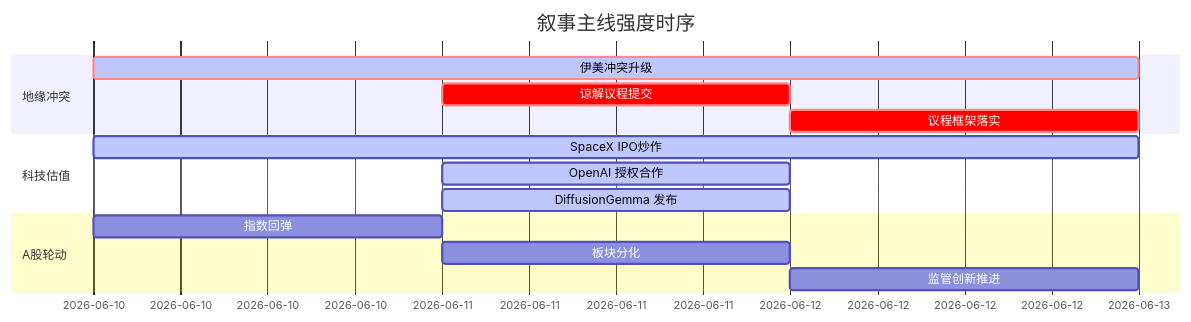
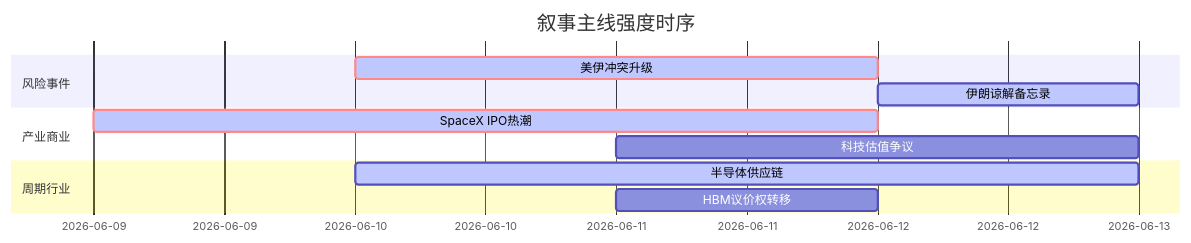
Before and after one commit to uu5zn/uu5zn.github.io: the diagram in 5day_report.md, drawn with Mermaid. The commit also changed other lines of this file and 2 other files, not shown here.

````diff
--- a/5day_report.md
+++ b/5day_report.md
@@ -59,19 +57,16 @@
 ```mermaid
 gantt
     title 叙事主线强度时序
     dateFormat  YYYY-MM-DD
-    section 地缘冲突
-    伊美冲突升级   :crit, active, 2026-06-10, 3d
-    谅解议程提交    :crit, 2026-06-11, 1d
-    议程框架落实    :crit, 2026-06-12, 1d
+    section 风险事件
+    美伊冲突升级   :crit, active, 2026-06-10, 2d
+    伊朗谅解备忘录   :active, 2026-06-12, 1d
     
-    section 科技估值
-    SpaceX IPO炒作   :active, 2026-06-10, 3d
-    OpenAI 授权合作 :active, 2026-06-11, 1d
-    DiffusionGemma 发布 :active, 2026-06-11, 1d
+    section 产业商业
+    SpaceX IPO热潮   :crit, active, 2026-06-09, 3d
+    科技估值争议   :2026-06-11, 2d
     
-    section A股轮动
-    指数回弹      :2026-06-10, 1d
-    板块分化      :2026-06-11, 1d
-    监管创新推进  :2026-06-12, 1d
+    section 周期行业
+    半导体供应链   :active, 2026-06-10, 3d
+    HBM议价权转移   :2026-06-11, 1d
 ```
````
